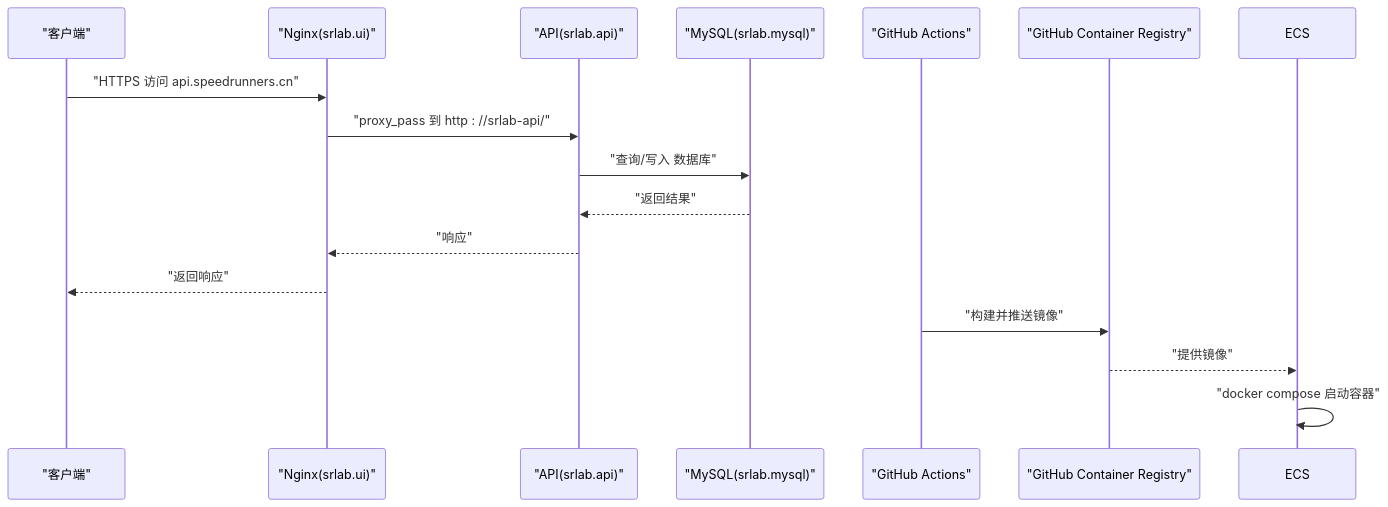
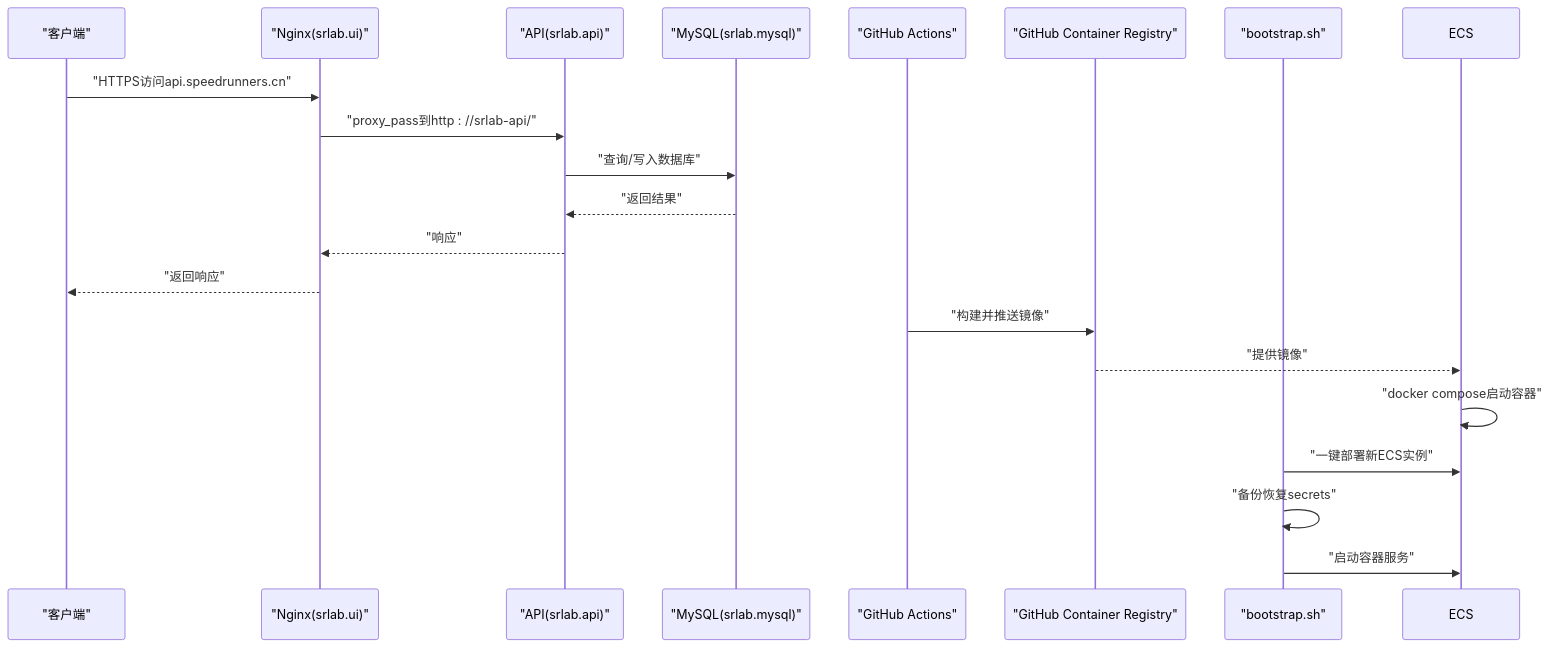
One commit to TinyMaD/SpeedRunnersLab changed the second of 4 diagrams in .qoder/repowiki/zh/content/部署运维.md. Above: the diagram before and after it, drawn with Mermaid. The commit also changed other lines of this file and 5 other files, not shown here.

````diff
--- a/.qoder/repowiki/zh/content/部署运维.md
+++ b/.qoder/repowiki/zh/content/部署运维.md
@@ -135,18 +155,22 @@
 ```mermaid
 sequenceDiagram
 participant C as "客户端"
 participant N as "Nginx(srlab.ui)"
 participant A as "API(srlab.api)"
 participant DB as "MySQL(srlab.mysql)"
 participant GHA as "GitHub Actions"
 participant GHCR as "GitHub Container Registry"
-C->>N : "HTTPS 访问 api.speedrunners.cn"
-N->>A : "proxy_pass 到 http : //srlab-api/"
-A->>DB : "查询/写入 数据库"
+participant BOOT as "bootstrap.sh"
+C->>N : "HTTPS访问api.speedrunners.cn"
+N->>A : "proxy_pass到http : //srlab-api/"
+A->>DB : "查询/写入数据库"
 DB-->>A : "返回结果"
 A-->>N : "响应"
 N-->>C : "返回响应"
 GHA->>GHCR : "构建并推送镜像"
 GHCR-->>ECS : "提供镜像"
-ECS->>ECS : "docker compose 启动容器"
+ECS->>ECS : "docker compose启动容器"
+BOOT->>ECS : "一键部署新ECS实例"
+BOOT->>BOOT : "备份恢复secrets"
+BOOT->>ECS : "启动容器服务"
 ```
````
